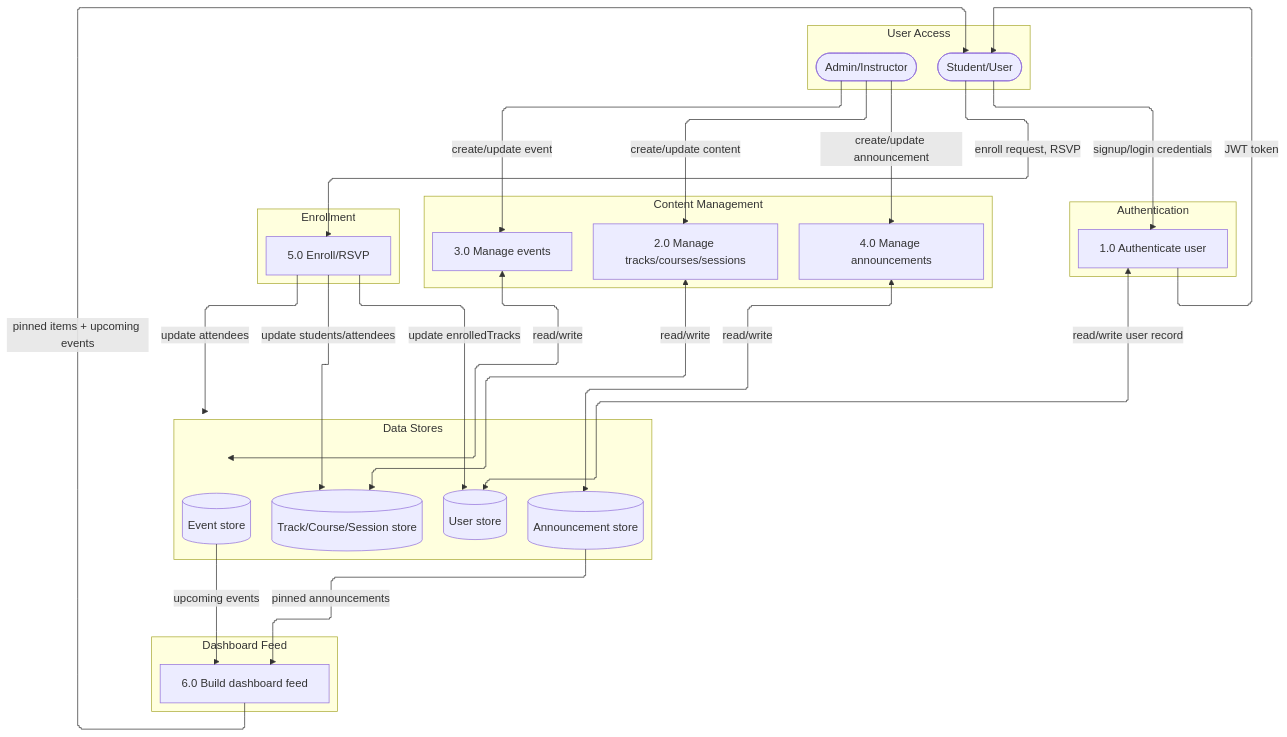
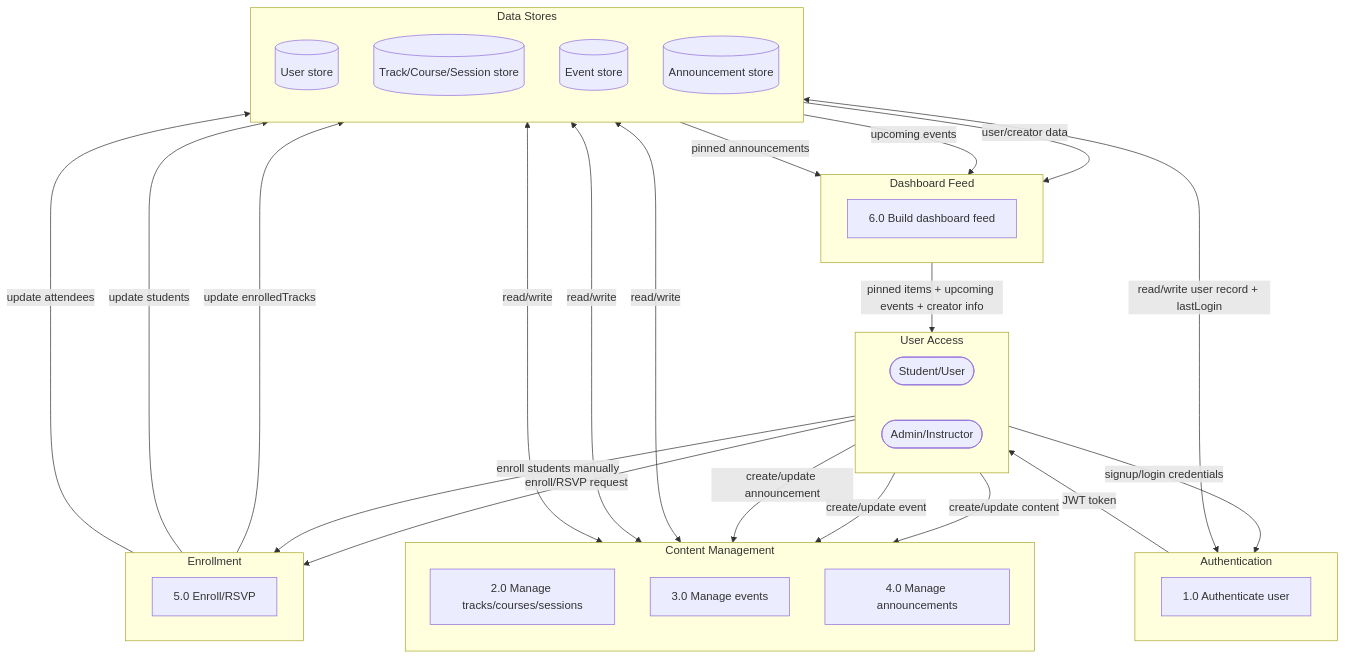
Before and after one commit to Basem3sam/trosc-backend: the diagram in Design/trosc-DFD-level1.mmd, drawn with Mermaid. The commit also changed 9 other files, not shown here.

Commit message:
refactor: Update DFD and ERD diagrams; enhance README with system design visuals and badges; improve route ownership checks in course and session management

```diff
--- a/Design/trosc-DFD-level1.mmd
+++ b/Design/trosc-DFD-level1.mmd
@@ -1,64 +1,60 @@
----
-config:
-  layout: elk
-  flowchart:
-    curve: stepBefore
----
 flowchart TD
     subgraph users [User Access]
         direction LR
         Student([Student/User])
         Admin([Admin/Instructor])
     end
 
     subgraph auth [Authentication]
         direction LR
         P1[1.0 Authenticate user]
     end
 
     subgraph content [Content Management]
         direction TB
         P2[2.0 Manage tracks/courses/sessions]
         P3[3.0 Manage events]
         P4[4.0 Manage announcements]
     end
 
     subgraph enroll [Enrollment]
         direction LR
         P5[5.0 Enroll/RSVP]
     end
 
     subgraph feed [Dashboard Feed]
         direction LR
         P6[6.0 Build dashboard feed]
     end
 
     subgraph stores [Data Stores]
         direction TB
         DS1[(User store)]
         DS2[(Track/Course/Session store)]
         DS3[(Event store)]
         DS4[(Announcement store)]
     end
 
     Student -->|signup/login credentials| P1
     P1 -->|JWT token| Student
-    P1 <-->|read/write user record| DS1
+    P1 <-->|read/write user record + lastLogin| DS1
 
     Admin -->|create/update content| P2
     P2 <-->|read/write| DS2
 
     Admin -->|create/update event| P3
     P3 <-->|read/write| DS3
 
     Admin -->|create/update announcement| P4
     P4 <-->|read/write| DS4
 
-    Student -->|enroll request, RSVP| P5
+    Student -->|enroll/RSVP request| P5
+    Admin -->|enroll students manually| P5
     P5 -->|update enrolledTracks| DS1
-    P5 -->|update students/attendees| DS2
+    P5 -->|update students| DS2
     P5 -->|update attendees| DS3
 
-    P6 -->|pinned items + upcoming events| Student
+    P6 -->|pinned items + upcoming events + creator info| Student
+    DS1 -->|user/creator data| P6
     DS3 -->|upcoming events| P6
     DS4 -->|pinned announcements| P6
```
